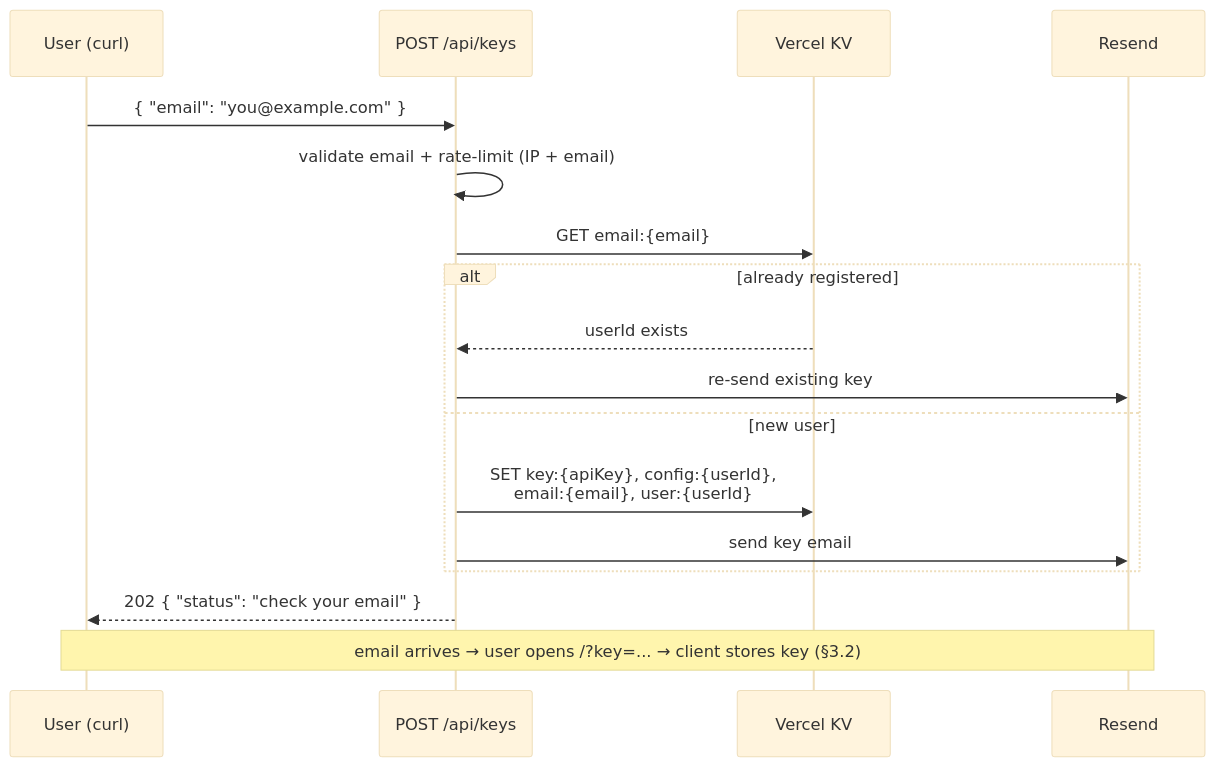
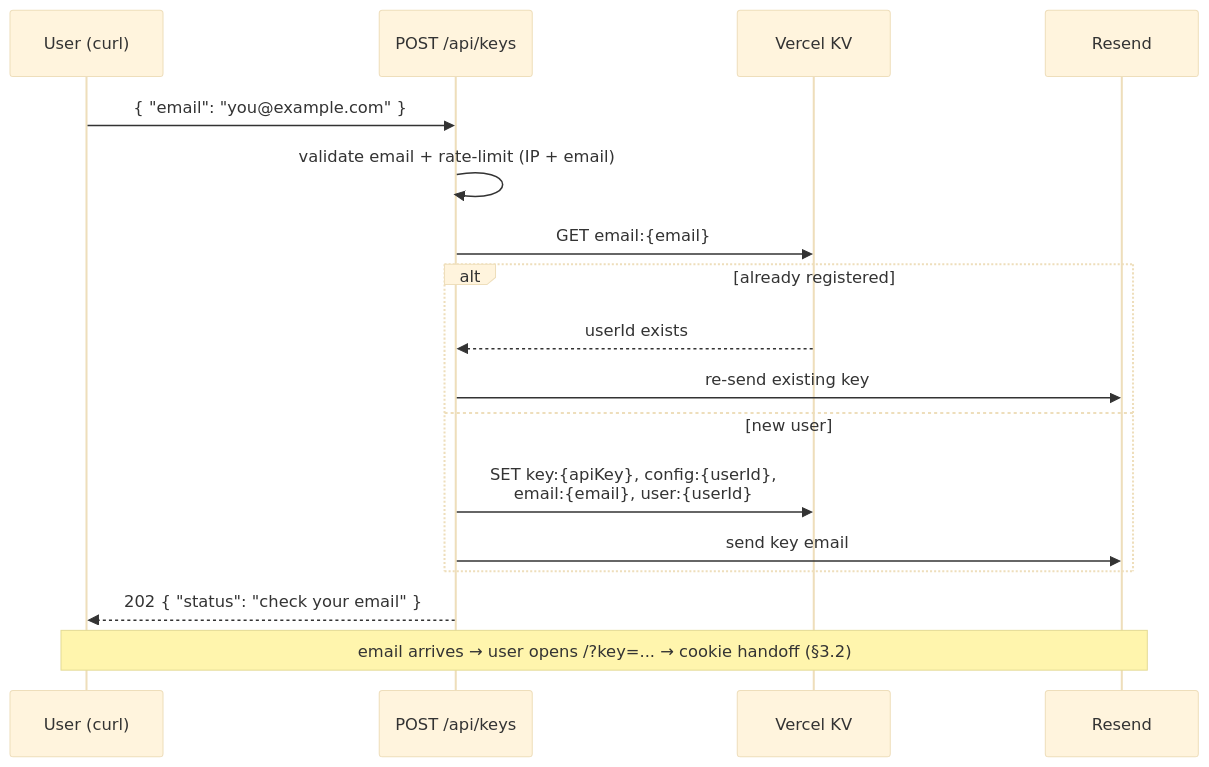
Before and after one commit to vedanta/frontdoor: the third of 7 diagrams in docs/architecture.md, drawn with Mermaid (base theme). The commit also changed other lines of this file, not shown here.

First line of the commit message:
Rework architecture to ISR + JSON API hybrid; add overview diagram

````diff
--- a/docs/architecture.md
+++ b/docs/architecture.md
@@ -121,20 +153,20 @@
 ```mermaid
 sequenceDiagram
     participant U as User (curl)
     participant API as POST /api/keys
     participant KV as Vercel KV
     participant R as Resend
 
     U->>API: { "email": "you@example.com" }
     API->>API: validate email + rate-limit (IP + email)
     API->>KV: GET email:{email}
     alt already registered
         KV-->>API: userId exists
         API->>R: re-send existing key
     else new user
         API->>KV: SET key:{apiKey}, config:{userId},<br/>email:{email}, user:{userId}
         API->>R: send key email
     end
     API-->>U: 202 { "status": "check your email" }
-    Note over U,R: email arrives → user opens /?key=... → client stores key (§3.2)
+    Note over U,R: email arrives → user opens /?key=... → cookie handoff (§3.2)
 ```
````
